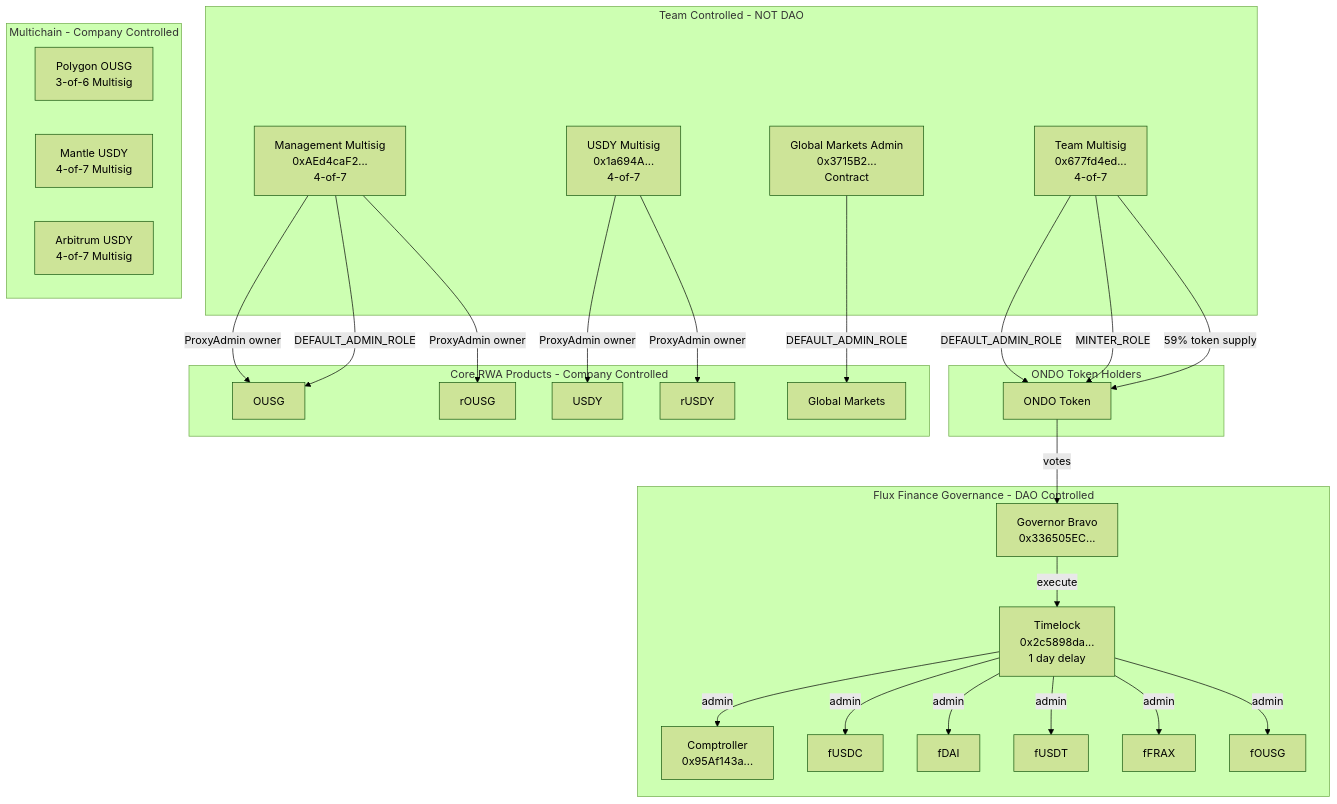
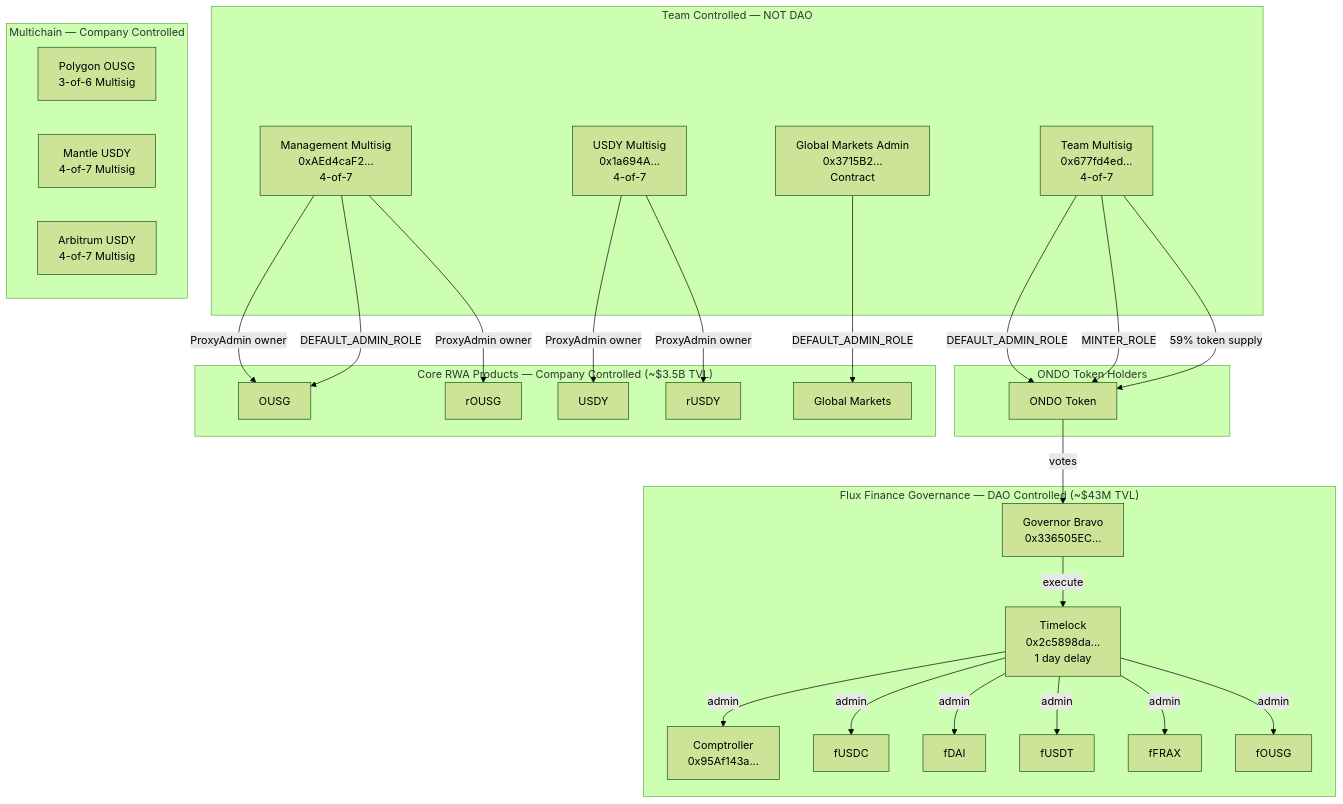
The diagram in research/ondo-research.md (aragon/ownership-token-framework), drawn with Mermaid (forest theme) before and after one commit. The commit also changed other lines of this file, not shown here.

First line of the commit message:
Update ONDO research with Round 5 fixes: TVL prioritization, OUSGOracle, OndoIDRegistry

````diff
--- a/research/ondo-research.md
+++ b/research/ondo-research.md
@@ -573,60 +643,60 @@
 ```mermaid
 graph TD
     subgraph "ONDO Token Holders"
         ONDO[ONDO Token]
     end
 
-    subgraph "Flux Finance Governance - DAO Controlled"
+    subgraph "Flux Finance Governance — DAO Controlled (~$43M TVL)"
         GOV[Governor Bravo<br/>0x336505EC...]
         TL[Timelock<br/>0x2c5898da...<br/>1 day delay]
         COMP[Comptroller<br/>0x95Af143a...]
         FUSDC[fUSDC]
         FDAI[fDAI]
         FUSDT[fUSDT]
         FFRAX[fFRAX]
         FOUSG[fOUSG]
     end
 
-    subgraph "Team Controlled - NOT DAO"
+    subgraph "Team Controlled — NOT DAO"
         TEAM_MS[Team Multisig<br/>0x677fd4ed...<br/>4-of-7]
         MGMT_MS[Management Multisig<br/>0xAEd4caF2...<br/>4-of-7]
         USDY_MS[USDY Multisig<br/>0x1a694A...<br/>4-of-7]
         GM_ADMIN[Global Markets Admin<br/>0x3715B2...<br/>Contract]
     end
 
-    subgraph "Core RWA Products - Company Controlled"
+    subgraph "Core RWA Products — Company Controlled (~$3.5B TVL)"
         OUSG[OUSG]
         ROUSG[rOUSG]
         USDY[USDY]
         RUSDY[rUSDY]
         GM[Global Markets]
     end
 
-    subgraph "Multichain - Company Controlled"
+    subgraph "Multichain — Company Controlled"
         POLY_OUSG[Polygon OUSG<br/>3-of-6 Multisig]
         MNT_USDY[Mantle USDY<br/>4-of-7 Multisig]
         ARB_USDY[Arbitrum USDY<br/>4-of-7 Multisig]
     end
 
     ONDO --> |votes| GOV
     GOV --> |execute| TL
     TL --> |admin| COMP
     TL --> |admin| FUSDC
     TL --> |admin| FDAI
     TL --> |admin| FUSDT
     TL --> |admin| FFRAX
     TL --> |admin| FOUSG
 
     TEAM_MS --> |DEFAULT_ADMIN_ROLE| ONDO
     TEAM_MS --> |MINTER_ROLE| ONDO
     TEAM_MS --> |59% token supply| ONDO
 
     MGMT_MS --> |ProxyAdmin owner| OUSG
     MGMT_MS --> |DEFAULT_ADMIN_ROLE| OUSG
     MGMT_MS --> |ProxyAdmin owner| ROUSG
 
     USDY_MS --> |ProxyAdmin owner| USDY
     USDY_MS --> |ProxyAdmin owner| RUSDY
 
     GM_ADMIN --> |DEFAULT_ADMIN_ROLE| GM
 ```
````
